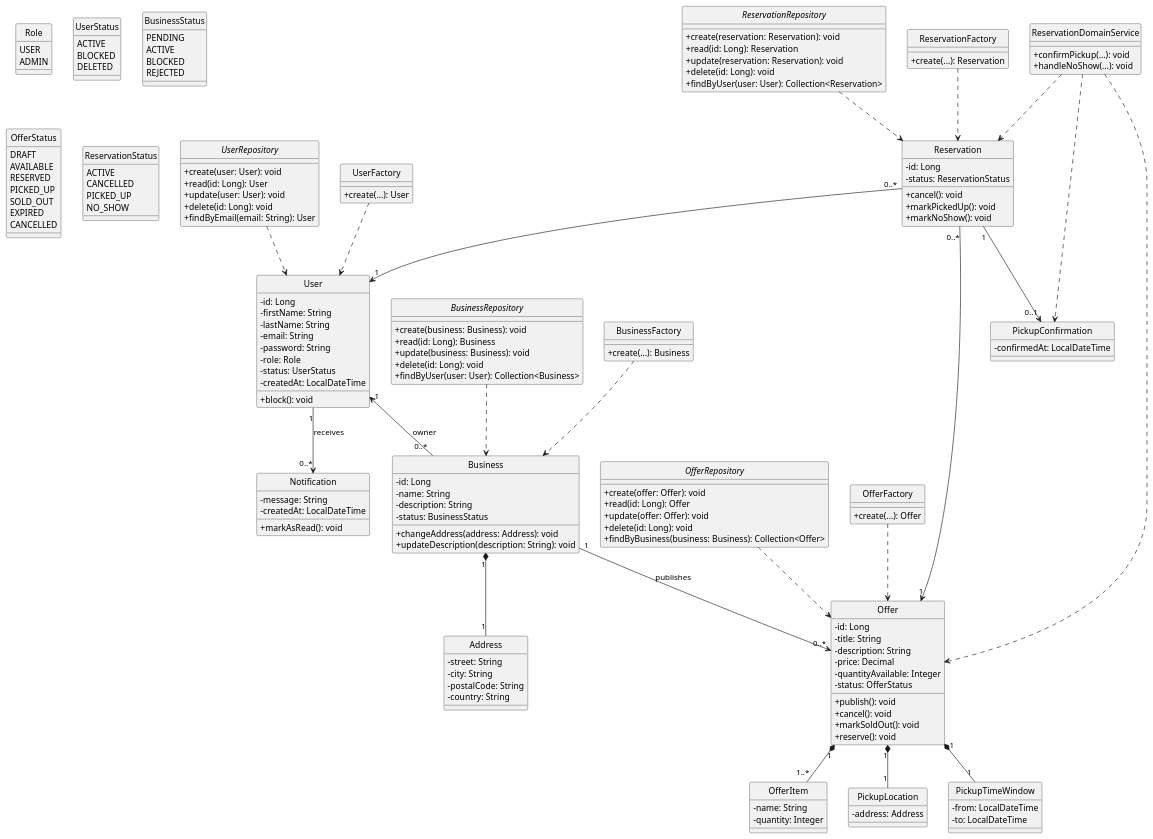
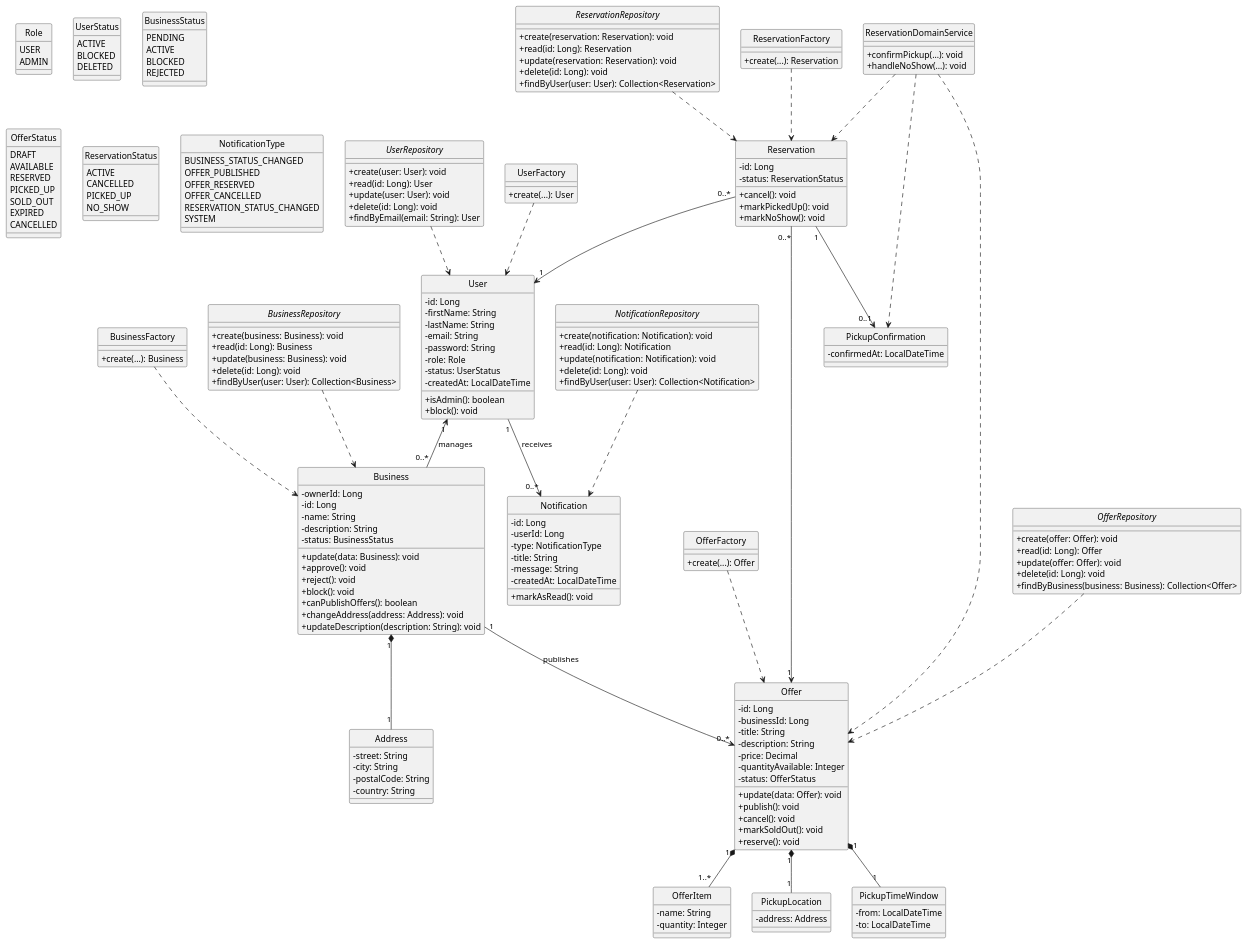
The diagram in food-rescue-platform.puml (az1plo/food-rescue-backend), drawn with PlantUML before and after one commit. The commit also changed 70 other files, not shown here.

Commit message:
add business moderation, offers, reservations, notifications, and Keycloak user provisioning

```diff
--- a/food-rescue-platform.puml
+++ b/food-rescue-platform.puml
@@ -37,6 +37,15 @@
   NO_SHOW
 }
 
+enum NotificationType {
+  BUSINESS_STATUS_CHANGED
+  OFFER_PUBLISHED
+  OFFER_RESERVED
+  OFFER_CANCELLED
+  RESERVATION_STATUS_CHANGED
+  SYSTEM
+}
+
 class User {
   - id: Long
   - firstName: String
@@ -46,14 +55,21 @@
   - role: Role
   - status: UserStatus
   - createdAt: LocalDateTime
+  + isAdmin(): boolean
   + block(): void
 }
 
 class Business {
+  - ownerId: Long
   - id: Long
   - name: String
   - description: String
   - status: BusinessStatus
+  + update(data: Business): void
+  + approve(): void
+  + reject(): void
+  + block(): void
+  + canPublishOffers(): boolean
   + changeAddress(address: Address): void
   + updateDescription(description: String): void
 }
@@ -67,11 +83,13 @@
 
 class Offer {
   - id: Long
+  - businessId: Long
   - title: String
   - description: String
   - price: Decimal
   - quantityAvailable: Integer
   - status: OfferStatus
+  + update(data: Offer): void
   + publish(): void
   + cancel(): void
   + markSoldOut(): void
@@ -105,6 +123,10 @@
 }
 
 class Notification {
+  - id: Long
+  - userId: Long
+  - type: NotificationType
+  - title: String
   - message: String
   - createdAt: LocalDateTime
   + markAsRead(): void
@@ -142,6 +164,14 @@
   + findByUser(user: User): Collection<Reservation>
 }
 
+interface NotificationRepository {
+  + create(notification: Notification): void
+  + read(id: Long): Notification
+  + update(notification: Notification): void
+  + delete(id: Long): void
+  + findByUser(user: User): Collection<Notification>
+}
+
 class UserFactory {
   + create(...): User
 }
@@ -163,7 +193,7 @@
   + handleNoShow(...): void
 }
 
-User "1" <-- "0..*" Business : owner
+User "1" <-- "0..*" Business : manages
 Business "1" *-- "1" Address
 Business "1" --> "0..*" Offer : publishes
 User "1" --> "0..*" Notification : receives
@@ -180,6 +210,7 @@
 BusinessRepository ..> Business
 OfferRepository ..> Offer
 ReservationRepository ..> Reservation
+NotificationRepository ..> Notification
 
 UserFactory ..> User
 BusinessFactory ..> Business
```
